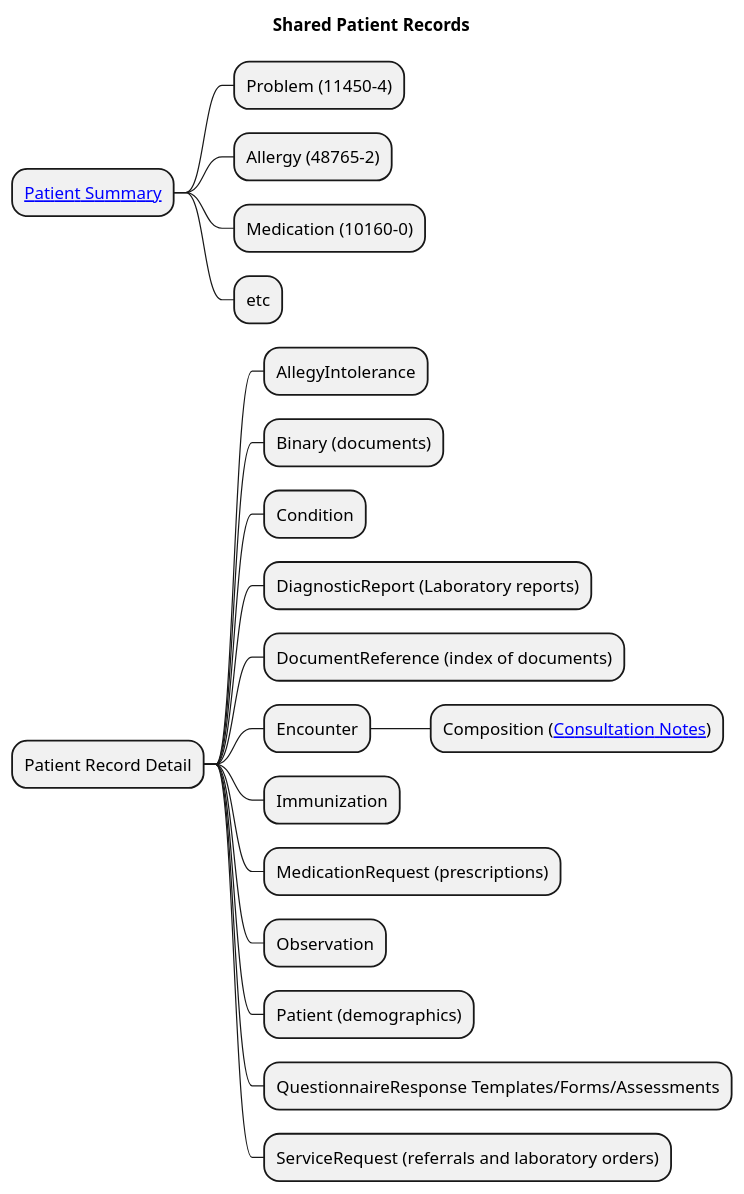
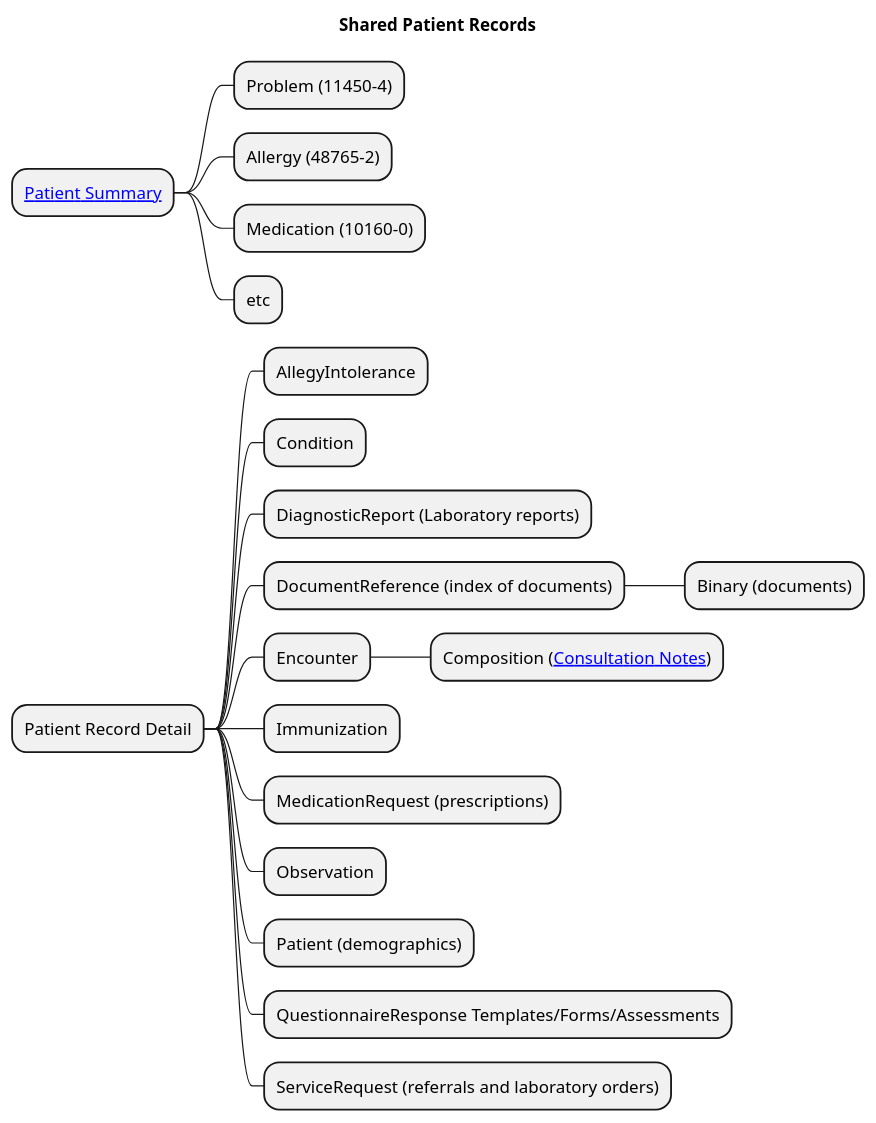
One commit to Virtually-Healthcare/virtually-healthcare.github.com changed the diagram in input/images-source/shared-patient-records-mindmap.plantuml. Above: the diagram before and after it, drawn with PlantUML.

Commit message:
Shared Patient Record

```diff
--- a/input/images-source/shared-patient-records-mindmap.plantuml
+++ b/input/images-source/shared-patient-records-mindmap.plantuml
@@ -1,25 +1,25 @@
 @startmindmap
 
 title "Shared Patient Records"
 
 * [[StructureDefinition-PatientSummary.html Patient Summary]]
 ** Problem (11450-4)
 ** Allergy (48765-2)
 ** Medication (10160-0)
 ** etc
 * Patient Record Detail
 ** AllegyIntolerance
-** Binary (documents)
 ** Condition
 ** DiagnosticReport (Laboratory reports)
 ** DocumentReference (index of documents)
+*** Binary (documents)
 ** Encounter
 *** Composition ([[StructureDefinition-ConsulationNote.html Consultation Notes]])
 ** Immunization
 ** MedicationRequest (prescriptions)
 ** Observation
 ** Patient (demographics)
 ** QuestionnaireResponse Templates/Forms/Assessments
 ** ServiceRequest (referrals and laboratory orders)
 
 @endtmindmap
```
